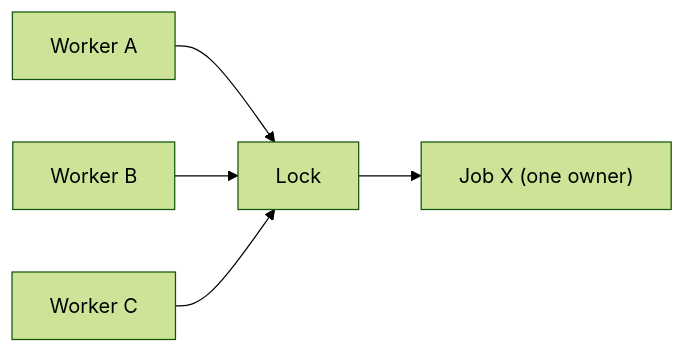
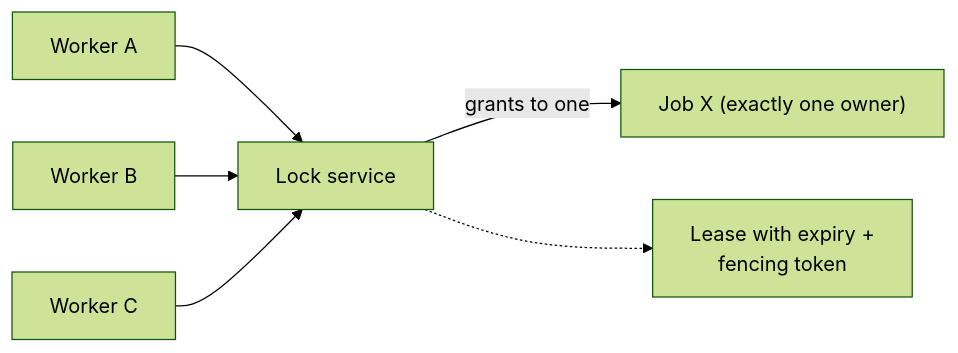
Before and after one commit to pankajThakur1874/studysheet: the eighth of 22 diagrams in files/08-edge-cases/Tier-6-Advanced-Distributed-Systems.md, drawn with Mermaid (forest theme). The commit also changed other lines of this file and 5 other files, not shown here.

````diff
--- a/files/08-edge-cases/Tier-6-Advanced-Distributed-Systems.md
+++ b/files/08-edge-cases/Tier-6-Advanced-Distributed-Systems.md
@@ -187,7 +388,8 @@
 ```mermaid
 flowchart LR
-    A["Worker A"] --> L["Lock"]
+    A["Worker A"] --> L["Lock service"]
     B["Worker B"] --> L
     C["Worker C"] --> L
-    L --> J["Job X (one owner)"]
+    L -->|grants to one| J["Job X (exactly one owner)"]
+    L -.-> T["Lease with expiry +<br/>fencing token"]
 ```
````
